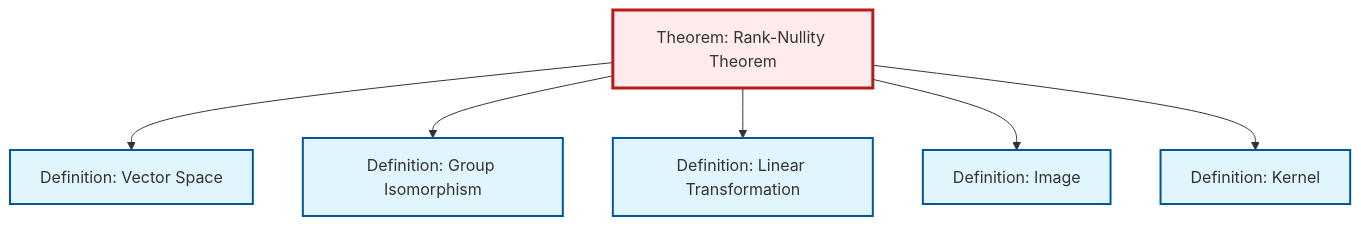
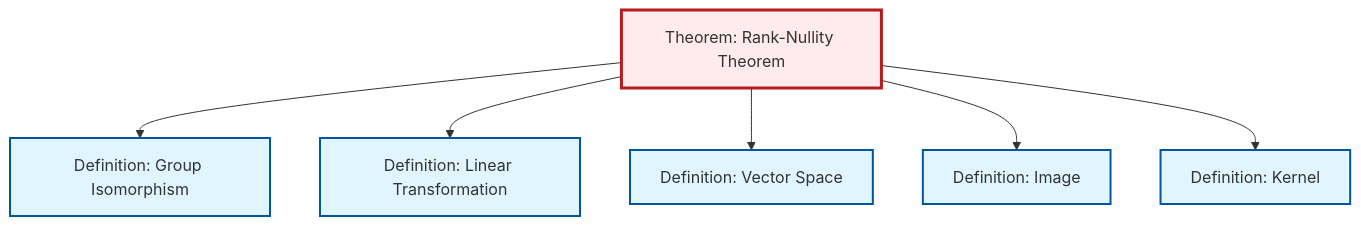
Before and after one commit to RK0429/ModernMath: the diagram in content/en/algebra/thm-rank-nullity.qmd, drawn with Mermaid. The commit also changed other lines of this file and 634 other files, not shown here.

````diff
--- a/content/en/algebra/thm-rank-nullity.qmd
+++ b/content/en/algebra/thm-rank-nullity.qmd
@@ -56,26 +56,26 @@
 ```{mermaid}
 %%| fig-cap: "Local dependency graph"
 graph TD
     classDef definition fill:#e1f5fe,stroke:#01579b,stroke-width:2px
     classDef theorem fill:#f3e5f5,stroke:#4a148c,stroke-width:2px
     classDef axiom fill:#fff3e0,stroke:#e65100,stroke-width:2px
     classDef example fill:#e8f5e9,stroke:#1b5e20,stroke-width:2px
     classDef current fill:#ffebee,stroke:#b71c1c,stroke-width:3px
+    thm-rank-nullity["Theorem: Rank-Nullity Theorem"]:::theorem
+    def-image["Definition: Image"]:::definition
+    def-isomorphism["Definition: Group Isomorphism"]:::definition
+    def-linear-transformation["Definition: Linear Transformation"]:::definition
     def-kernel["Definition: Kernel"]:::definition
-    def-linear-transformation["Definition: Linear Transformation"]:::definition
-    thm-rank-nullity["Theorem: Rank-Nullity Theorem"]:::theorem
-    def-isomorphism["Definition: Group Isomorphism"]:::definition
-    def-image["Definition: Image"]:::definition
     def-vector-space["Definition: Vector Space"]:::definition
-    thm-rank-nullity --> def-vector-space
     thm-rank-nullity --> def-isomorphism
     thm-rank-nullity --> def-linear-transformation
+    thm-rank-nullity --> def-vector-space
     thm-rank-nullity --> def-image
     thm-rank-nullity --> def-kernel
     class thm-rank-nullity current
+    click def-image "def-image.html" "Go to Image definition"
+    click def-isomorphism "def-isomorphism.html" "Go to Group Isomorphism definition"
+    click def-linear-transformation "def-linear-transformation.html" "Go to Linear Transformation definition"
     click def-kernel "def-kernel.html" "Go to Kernel definition"
-    click def-linear-transformation "def-linear-transformation.html" "Go to Linear Transformation definition"
-    click def-isomorphism "def-isomorphism.html" "Go to Group Isomorphism definition"
-    click def-image "def-image.html" "Go to Image definition"
     click def-vector-space "def-vector-space.html" "Go to Vector Space definition"
 ```
````
